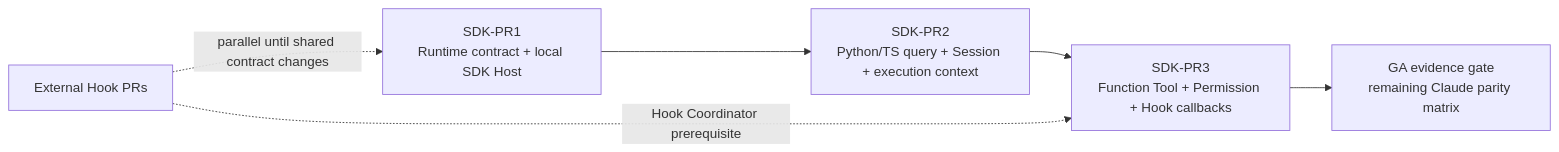
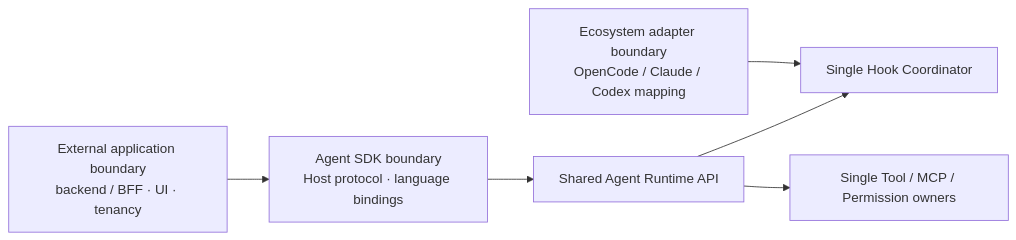
One commit to 1688mengdie/BitFun changed diagram 11 of 11 in docs/architecture/agent-sdk-product-architecture.md. Above: the diagram before and after it, drawn with Mermaid. The commit also changed other lines of this file and 4 other files, not shown here.

First line of the commit message:
docs(architecture): clarify agent SDK product boundaries

````diff
--- a/docs/architecture/agent-sdk-product-architecture.md
+++ b/docs/architecture/agent-sdk-product-architecture.md
@@ -614,8 +600,15 @@
 ```mermaid
 flowchart LR
-  PR1["SDK-PR1\nRuntime contract + local SDK Host"] --> PR2["SDK-PR2\nPython/TS query + Session + execution context"]
-  PR2 --> PR3["SDK-PR3\nFunction Tool + Permission + Hook callbacks"]
-  PR3 --> GA["GA evidence gate\nremaining Claude parity matrix"]
-  Hook["External Hook PRs"] -. "parallel until shared contract changes" .-> PR1
-  Hook -. "Hook Coordinator prerequisite" .-> PR3
+  SDK["Agent SDK boundary\nHost protocol · language bindings"]
+  Extension["Ecosystem adapter boundary\nOpenCode / Claude / Codex mapping"]
+  ExternalApp["External application boundary\nbackend / BFF · UI · tenancy"]
+  API["Shared Agent Runtime API"]
+  Hook["Single Hook Coordinator"]
+  Owners["Single Tool / MCP / Permission owners"]
+
+  ExternalApp --> SDK
+  SDK --> API
+  Extension --> Hook
+  API --> Hook
+  API --> Owners
 ```
````
